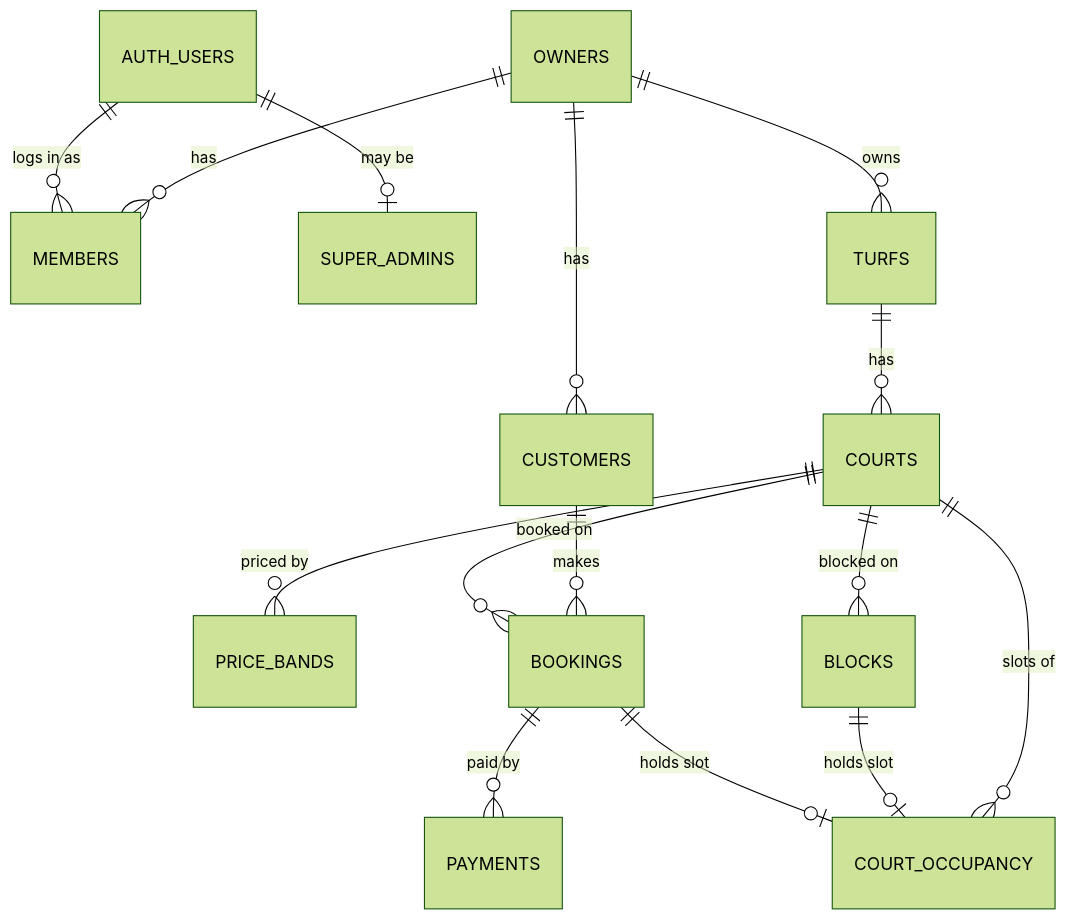
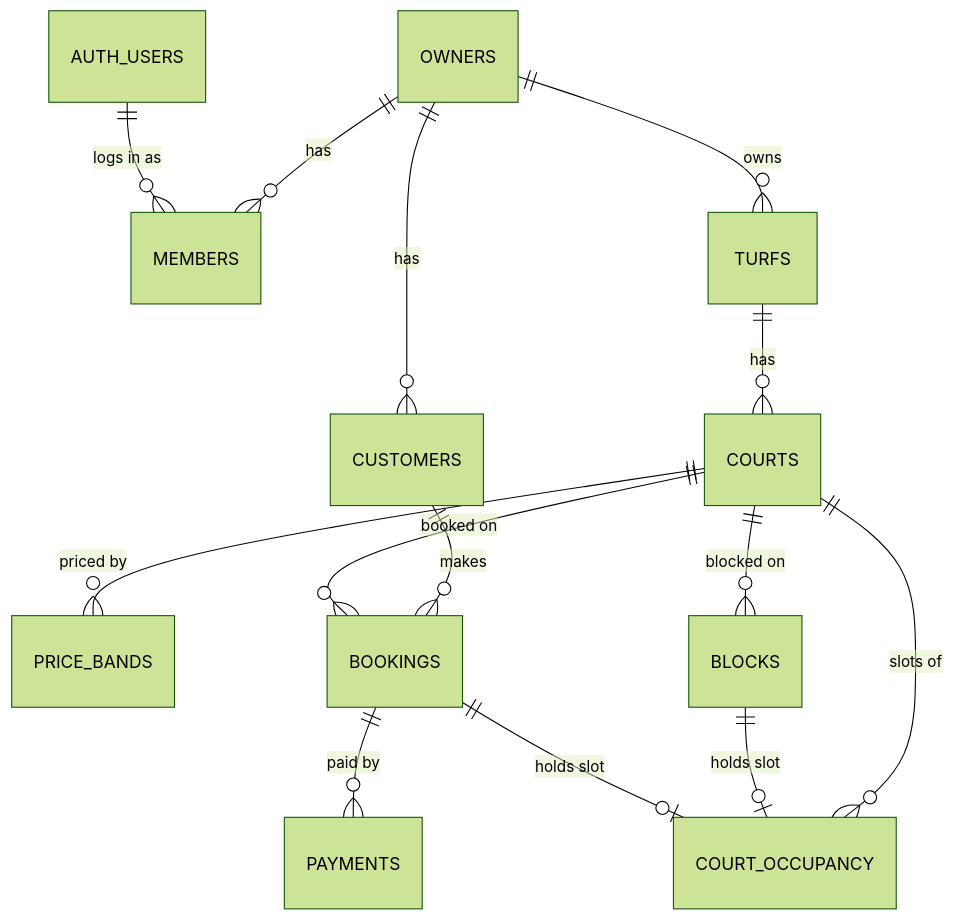
One commit to sharathpandis/turf_app changed the diagram in docs/SCHEMA.md. Above: the diagram before and after it, drawn with Mermaid (forest theme). The commit also changed other lines of this file and 13 other files, not shown here.

````diff
--- a/docs/SCHEMA.md
+++ b/docs/SCHEMA.md
@@ -8,17 +8,16 @@
 ```mermaid
 erDiagram
     AUTH_USERS ||--o{ MEMBERS : "logs in as"
-    AUTH_USERS ||--o| SUPER_ADMINS : "may be"
     OWNERS ||--o{ MEMBERS : has
     OWNERS ||--o{ TURFS : owns
     OWNERS ||--o{ CUSTOMERS : has
     TURFS ||--o{ COURTS : has
     COURTS ||--o{ PRICE_BANDS : "priced by"
     COURTS ||--o{ BOOKINGS : "booked on"
     COURTS ||--o{ BLOCKS : "blocked on"
     CUSTOMERS ||--o{ BOOKINGS : makes
     BOOKINGS ||--o{ PAYMENTS : "paid by"
     BOOKINGS ||--o| COURT_OCCUPANCY : "holds slot"
     BLOCKS ||--o| COURT_OCCUPANCY : "holds slot"
     COURTS ||--o{ COURT_OCCUPANCY : "slots of"
 ```
````
